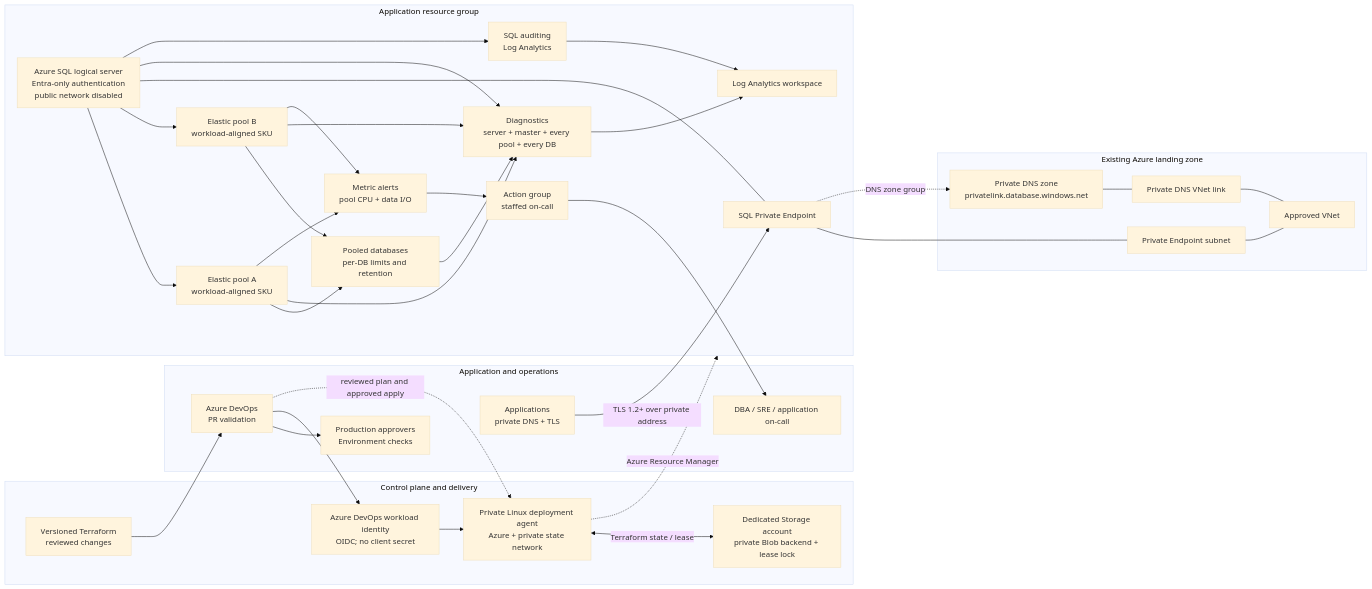
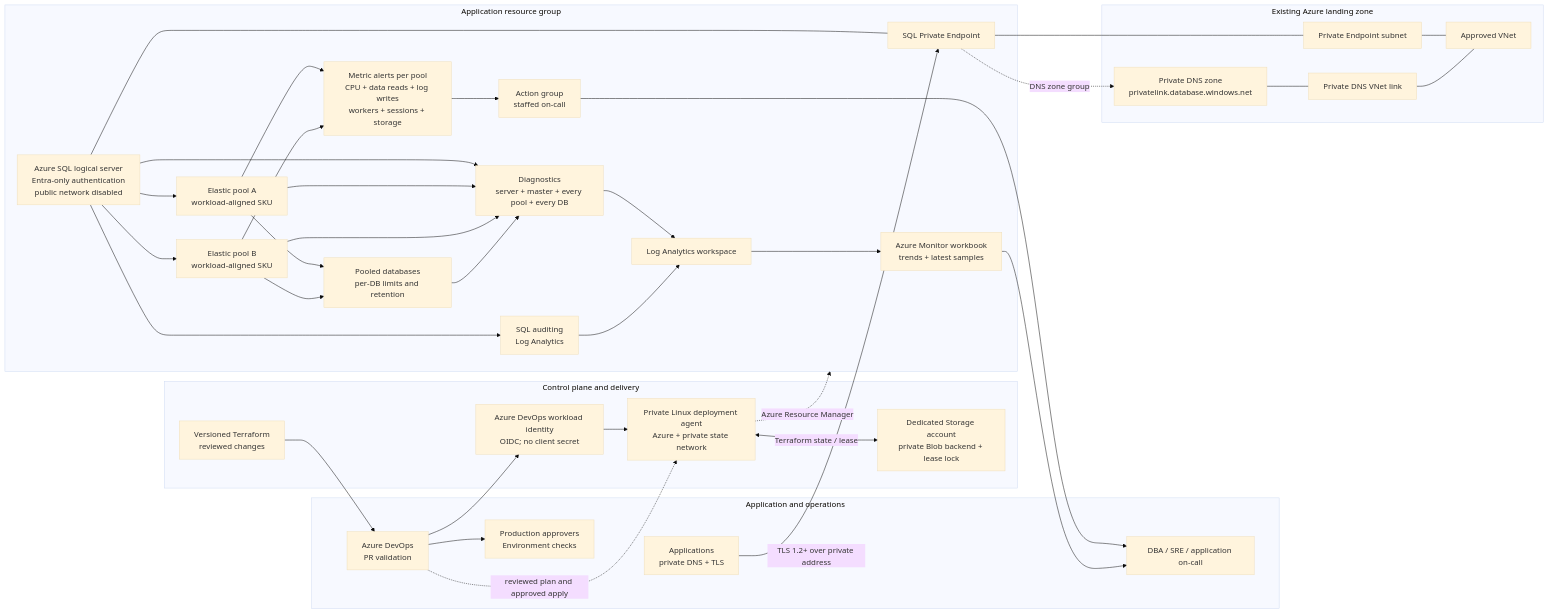
The first of 3 diagrams in docs/architecture.md (Cloud-Deployment-Resources-asimshahibm/azure-sql-elastic-pools-devops-planning-implementation), drawn with Mermaid (base theme) before and after one commit. The commit also changed other lines of this file and 18 other files, not shown here.

Commit message:
Add built-in Azure SQL pool observability

````diff
--- a/docs/architecture.md
+++ b/docs/architecture.md
@@ -15,60 +15,62 @@
 ```mermaid
 flowchart LR
   subgraph users["Application and operations"]
     apps["Applications<br/>private DNS + TLS"]
     dba["DBA / SRE / application on-call"]
     ado["Azure DevOps<br/>PR validation"]
     approver["Production approvers<br/>Environment checks"]
   end
 
   subgraph control["Control plane and delivery"]
     repo["Versioned Terraform<br/>reviewed changes"]
     wif["Azure DevOps workload identity<br/>OIDC; no client secret"]
     agent["Private Linux deployment agent<br/>Azure + private state network"]
     state["Dedicated Storage account<br/>private Blob backend + lease lock"]
     repo --> ado --> approver
     ado --> wif --> agent
     agent <-->|Terraform state / lease| state
   end
 
   subgraph hub["Existing Azure landing zone"]
     vnet["Approved VNet"]
     subnet["Private Endpoint subnet"]
     dnszone["Private DNS zone<br/>privatelink.database.windows.net"]
     dnslink["Private DNS VNet link"]
     subnet --- vnet
     dnszone --- dnslink --- vnet
   end
 
   subgraph workload["Application resource group"]
     pe["SQL Private Endpoint"]
     server["Azure SQL logical server<br/>Entra-only authentication<br/>public network disabled"]
     poolA["Elastic pool A<br/>workload-aligned SKU"]
     poolB["Elastic pool B<br/>workload-aligned SKU"]
     dbs["Pooled databases<br/>per-DB limits and retention"]
     law["Log Analytics workspace"]
     diag["Diagnostics<br/>server + master + every pool + every DB"]
     audit["SQL auditing<br/>Log Analytics"]
-    alerts["Metric alerts<br/>pool CPU + data I/O"]
+    alerts["Metric alerts per pool<br/>CPU + data reads + log writes<br/>workers + sessions + storage"]
     ag["Action group<br/>staffed on-call"]
+    workbook["Azure Monitor workbook<br/>trends + latest samples"]
     server --> poolA
     server --> poolB
     poolA --> dbs
     poolB --> dbs
     server --- pe
     server --> diag --> law
     server --> audit --> law
     poolA --> diag
     poolB --> diag
     dbs --> diag
     poolA --> alerts
     poolB --> alerts
     alerts --> ag --> dba
+    law --> workbook --> dba
   end
 
   apps -->|TLS 1.2+ over private address| pe
   pe --- subnet
   pe -. DNS zone group .-> dnszone
   ado -. reviewed plan and approved apply .-> agent
   agent -. Azure Resource Manager .-> workload
 ```
````
